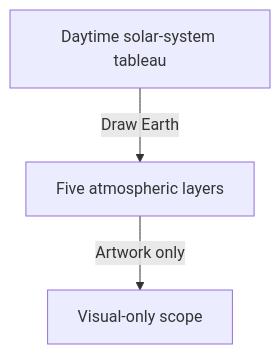
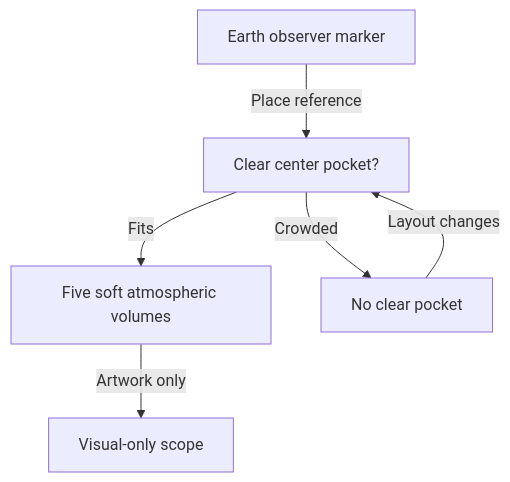
Before and after one commit to missionode/lite: diagram 22 of 28 in docs/app-map/FLOW-REFERENCE.md, drawn with Mermaid. The commit also changed other lines of this file and 29 other files, not shown here.

````diff
--- a/docs/app-map/FLOW-REFERENCE.md
+++ b/docs/app-map/FLOW-REFERENCE.md
@@ -1016,8 +1016,13 @@
 ```mermaid
 flowchart TD
-  day["Daytime solar-system tableau"]
-  layers["Five atmospheric layers"]
+  day["Earth observer marker"]
+  fit["Clear center pocket?"]
+  layers["Five soft atmospheric volumes"]
+  hidden["No clear pocket"]
   scope["Visual-only scope"]
-  day -->|"Draw Earth"| layers
+  day -->|"Place reference"| fit
+  fit -->|"Fits"| layers
+  fit -->|"Crowded"| hidden
   layers -->|"Artwork only"| scope
+  hidden -->|"Layout changes"| fit
 ```
````
